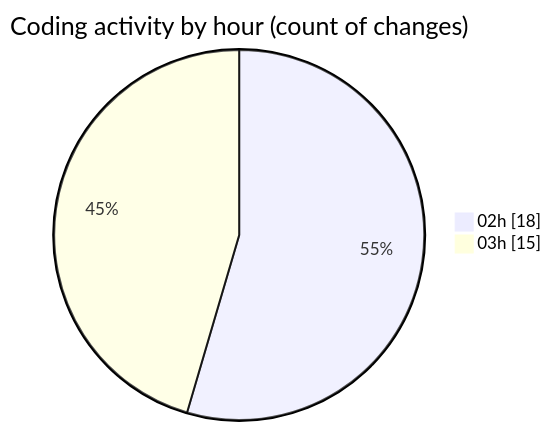
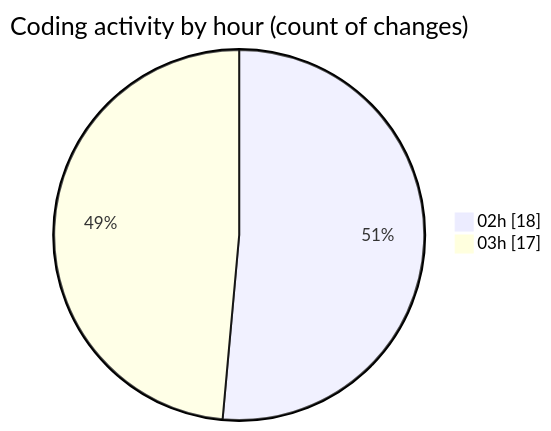
One commit to lephambinh05/code-tracking changed the second of 2 diagrams in 2025-07-12/shopaccv1/README.md. Above: the diagram before and after it, drawn with Mermaid. The commit also changed other lines of this file and 1 other file, not shown here.

````diff
--- a/2025-07-12/shopaccv1/README.md
+++ b/2025-07-12/shopaccv1/README.md
@@ -47,6 +48,6 @@
 ```mermaid
 pie showData
 title Coding activity by hour (count of changes)
 "02h" : 18
-"03h" : 15
+"03h" : 17
 ```
````
